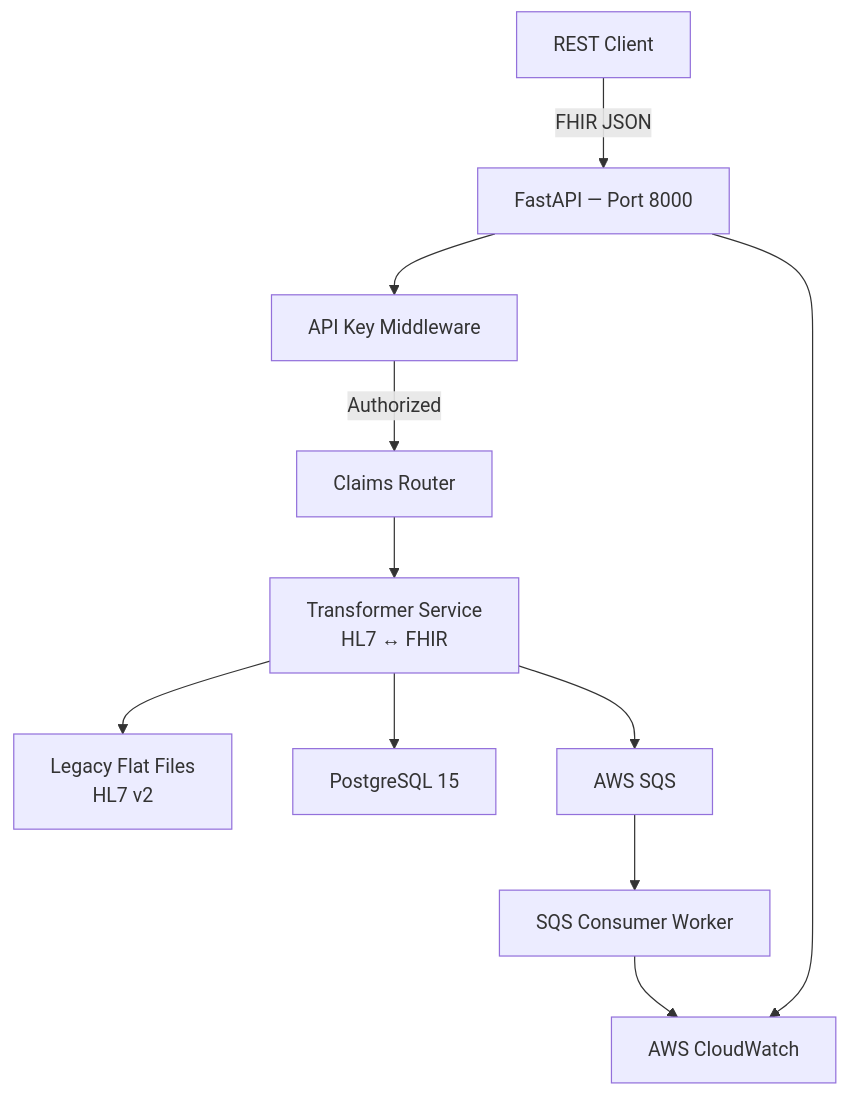
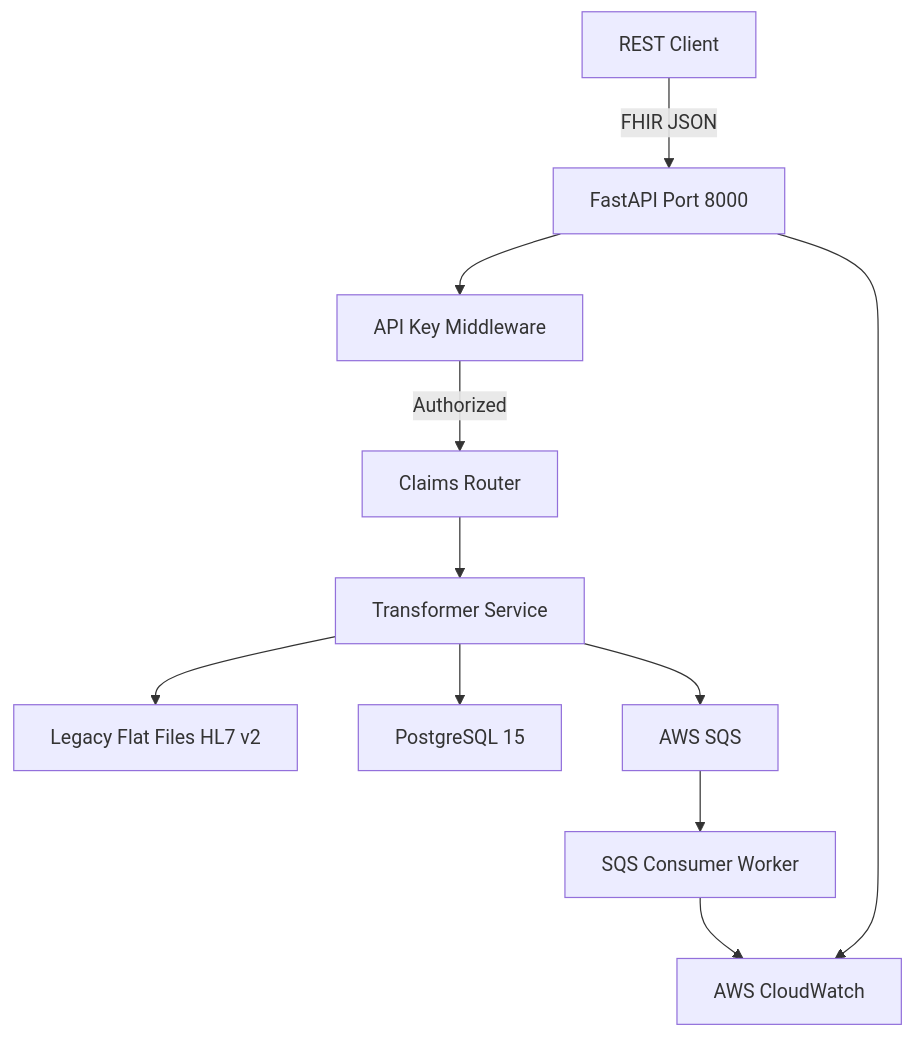
The diagram in README.md (jordan-bm/claimsbridge), drawn with Mermaid before and after one commit.

Commit message:
fix: README mermaid troubleshoot

````diff
--- a/README.md
+++ b/README.md
@@ -15,13 +15,13 @@
 ```mermaid
 graph TD
-    Client["REST Client"] -->|"FHIR JSON"| API["FastAPI — Port 8000"]
-    API --> MW["API Key Middleware"]
-    MW -->|"Authorized"| Router["Claims Router"]
-    Router --> TX["Transformer Service\nHL7 ↔ FHIR"]
-    TX --> Legacy["Legacy Flat Files\nHL7 v2"]
-    TX --> DB["PostgreSQL 15"]
-    TX --> SQS["AWS SQS"]
-    SQS --> Worker["SQS Consumer Worker"]
-    API --> CW["AWS CloudWatch"]
+    Client[REST Client] -->|FHIR JSON| API[FastAPI Port 8000]
+    API --> MW[API Key Middleware]
+    MW -->|Authorized| Router[Claims Router]
+    Router --> TX[Transformer Service]
+    TX --> Legacy[Legacy Flat Files HL7 v2]
+    TX --> DB[PostgreSQL 15]
+    TX --> SQS[AWS SQS]
+    SQS --> Worker[SQS Consumer Worker]
+    API --> CW[AWS CloudWatch]
     Worker --> CW
 ```
````
